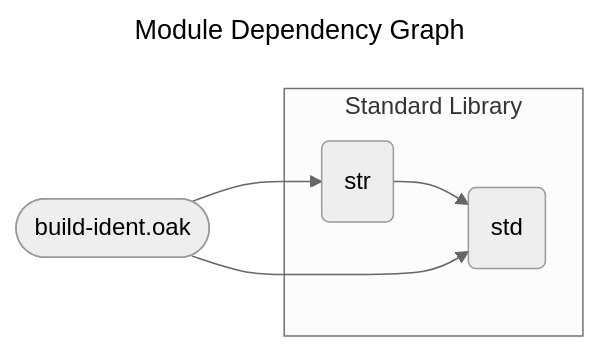
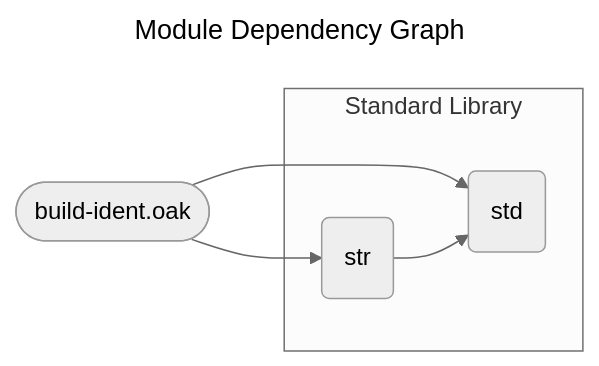
The diagram in docs/spec/build-ident.mmd (SpcFORK/magnolia), drawn with Mermaid (neutral theme) before and after one commit. The commit also changed other lines of this file and 150 other files, not shown here.

First line of the commit message:
Refactor module dependency graphs and enhance Go code generation

```diff
--- a/docs/spec/build-ident.mmd
+++ b/docs/spec/build-ident.mmd
@@ -1,12 +1,12 @@
 ---
 title: Module Dependency Graph
 ---
 flowchart LR
     lib_build_ident_oak(["build-ident.oak"])
     subgraph stdlib_core ["Standard Library"]
+        std("std")
         str("str")
-        std("std")
     end
-    str --> std
     lib_build_ident_oak --> std
     lib_build_ident_oak --> str
+    str --> std
```
